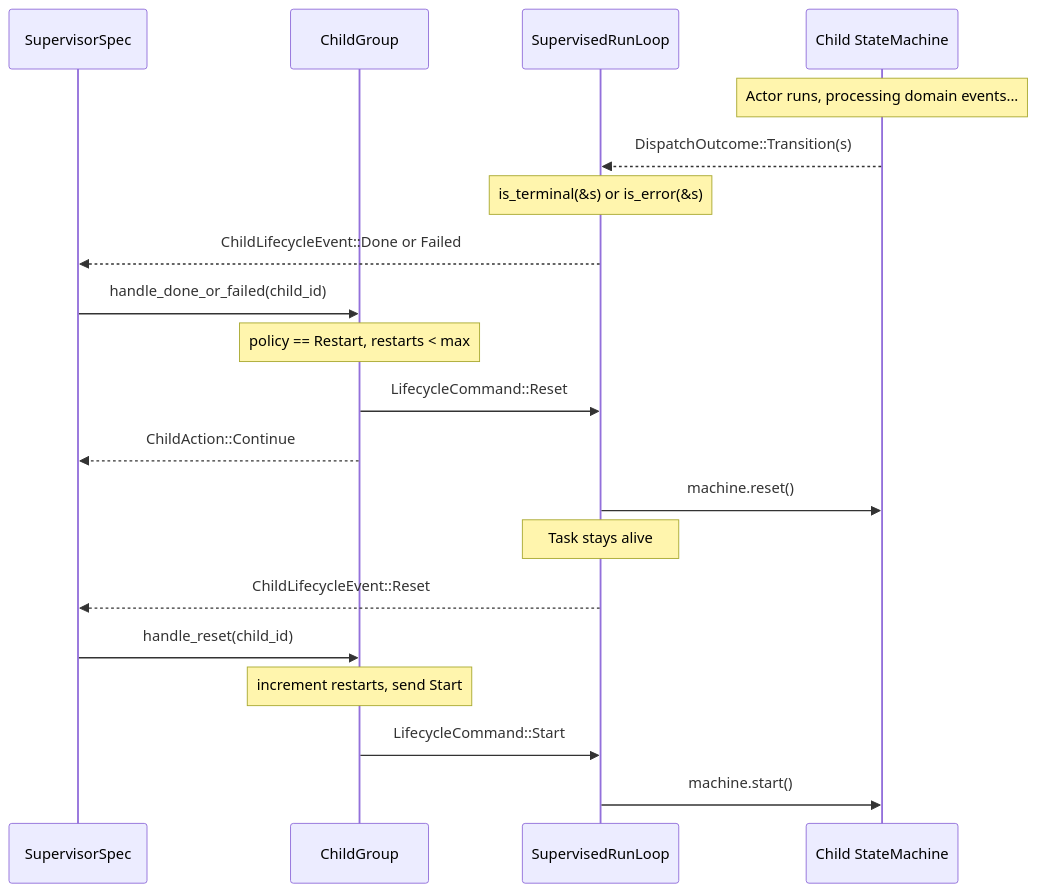
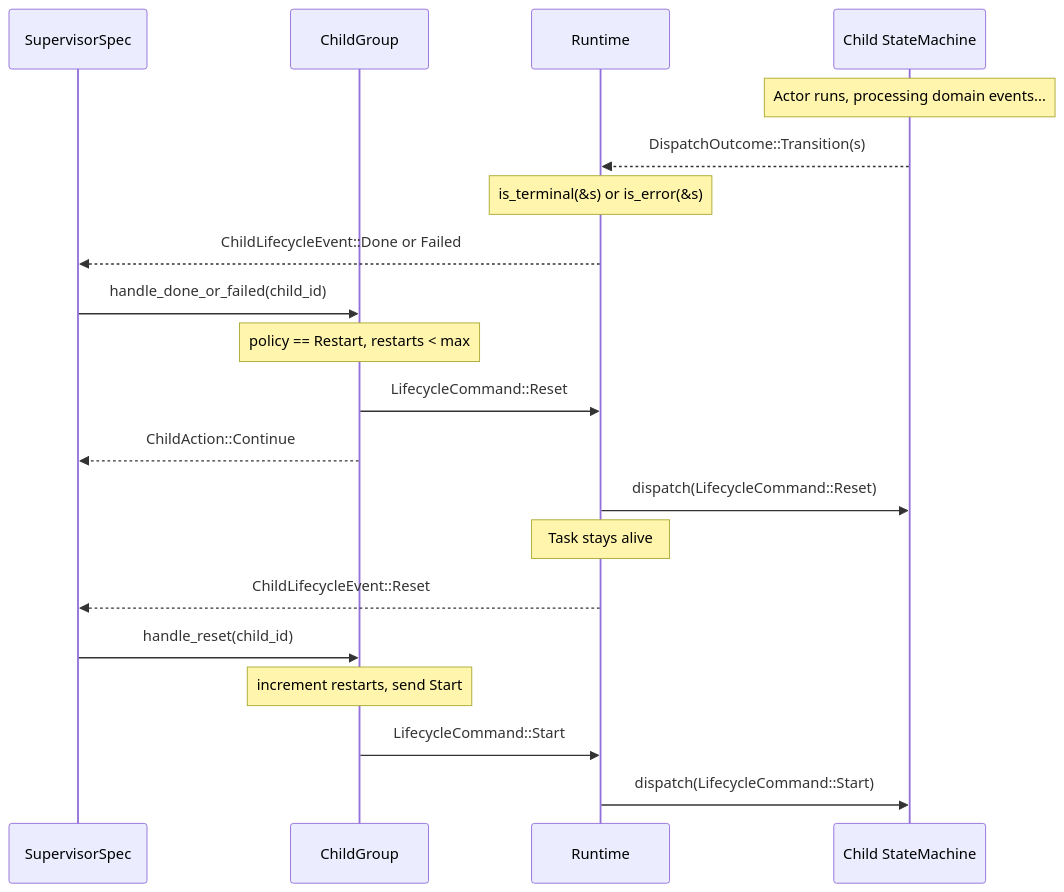
Before and after one commit to bloxide-com/bloxide: the second of 3 diagrams in spec/architecture/08-supervision.md, drawn with Mermaid. The commit also changed other lines of this file and 123 other files, not shown here.

Commit message:
docs: update architecture docs, add blox.toml configs, and generated code scaffolding

````diff
--- a/spec/architecture/08-supervision.md
+++ b/spec/architecture/08-supervision.md
@@ -365,24 +365,24 @@
 ```mermaid
 sequenceDiagram
     participant Sup as SupervisorSpec
     participant CG as ChildGroup
-    participant RT as SupervisedRunLoop
+    participant RT as Runtime
     participant M as Child StateMachine
 
     Note over M: Actor runs, processing domain events...
 
     M-->>RT: DispatchOutcome::Transition(s)
     Note over RT: is_terminal(&s) or is_error(&s)
     RT-->>Sup: ChildLifecycleEvent::Done or Failed
     Sup->>CG: handle_done_or_failed(child_id)
     Note over CG: policy == Restart, restarts < max
     CG->>RT: LifecycleCommand::Reset
     CG-->>Sup: ChildAction::Continue
-    RT->>M: machine.reset()
+    RT->>M: dispatch(LifecycleCommand::Reset)
     Note over RT: Task stays alive
     RT-->>Sup: ChildLifecycleEvent::Reset
     Sup->>CG: handle_reset(child_id)
     Note over CG: increment restarts, send Start
     CG->>RT: LifecycleCommand::Start
-    RT->>M: machine.start()
+    RT->>M: dispatch(LifecycleCommand::Start)
 ```
````
